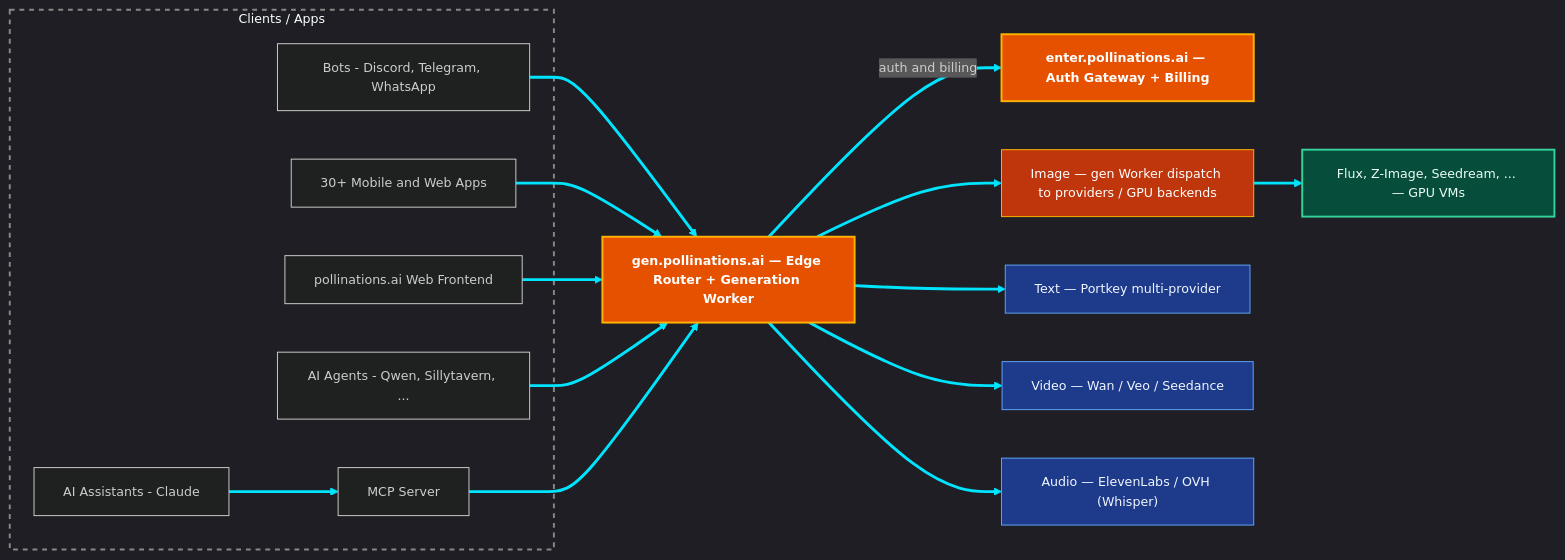
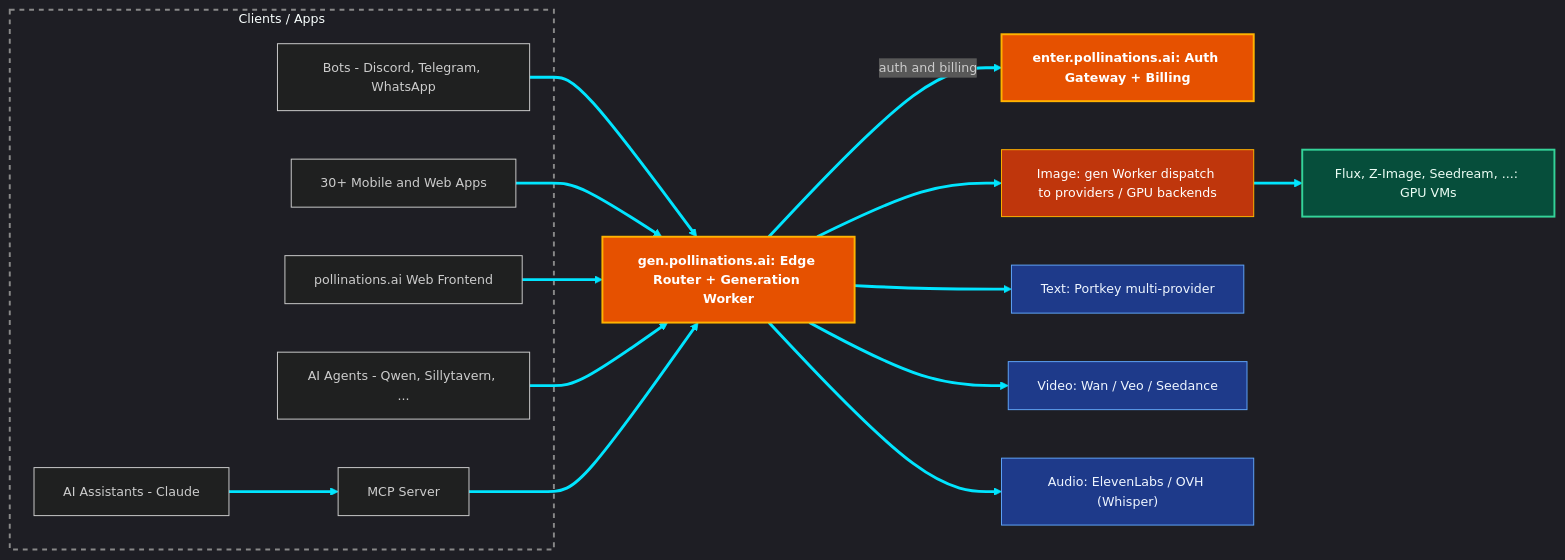
Before and after one commit to pollinations/pollinations: the diagram in README.md, drawn with Mermaid. The commit also changed other lines of this file and 37 other files, not shown here.

````diff
--- a/README.md
+++ b/README.md
@@ -374,38 +374,38 @@
 ```mermaid
 %%{init: {'theme': 'dark', 'themeVariables': { 'background': '#1a1a1a', 'primaryColor': '#2a2a2a', 'primaryBorderColor': '#555555', 'primaryTextColor': '#eeeeee', 'lineColor': '#00e5ff', 'clusterBkg': 'transparent', 'clusterBorder': '#888888', 'fontSize': '13px', 'fontFamily': 'Inter, system-ui, sans-serif'}}}%%
 
 graph LR
     subgraph CLIENTS["Clients / Apps"]
         Q[Bots - Discord, Telegram, WhatsApp]
         N[30+ Mobile and Web Apps]
         A[pollinations.ai Web Frontend]
         R[AI Agents - Qwen, Sillytavern, ...]
         AI[AI Assistants - Claude]
         MCP[MCP Server]
     end
 
     AI --> MCP
     Q --> GEN
     N --> GEN
     A --> GEN
     R --> GEN
     MCP --> GEN
 
-    GEN["gen.pollinations.ai — Edge Router + Generation Worker"]:::cfWorker -->|auth and billing| ENTER["enter.pollinations.ai — Auth Gateway + Billing"]:::cfWorker
+    GEN["gen.pollinations.ai: Edge Router + Generation Worker"]:::cfWorker -->|auth and billing| ENTER["enter.pollinations.ai: Auth Gateway + Billing"]:::cfWorker
 
-    GEN --> IMG["Image — gen Worker dispatch to providers / GPU backends"]:::cfWorkerLight
-    IMG --> D["Flux, Z-Image, Seedream, ... — GPU VMs"]:::gpuNode
+    GEN --> IMG["Image: gen Worker dispatch to providers / GPU backends"]:::cfWorkerLight
+    IMG --> D["Flux, Z-Image, Seedream, ...: GPU VMs"]:::gpuNode
 
-    GEN --> TXT["Text — Portkey multi-provider"]:::provider
-    GEN --> VID["Video — Wan / Veo / Seedance"]:::provider
-    GEN --> AUD["Audio — ElevenLabs / OVH (Whisper)"]:::provider
+    GEN --> TXT["Text: Portkey multi-provider"]:::provider
+    GEN --> VID["Video: Wan / Veo / Seedance"]:::provider
+    GEN --> AUD["Audio: ElevenLabs / OVH (Whisper)"]:::provider
 
     style CLIENTS fill:none,stroke:#888,stroke-width:2px,stroke-dasharray: 5 5
 
     linkStyle default stroke-width:3px,stroke:#00E5FF
 
     classDef cfWorker fill:#E65100,color:#fff,stroke:#FFB300,stroke-width:2px,font-weight:bold
     classDef cfWorkerLight fill:#BF360C,color:#fff,stroke:#FFB300,stroke-width:1px
     classDef gpuNode fill:#064E3B,stroke:#34D399,color:#ECFDF5,stroke-width:2px
     classDef provider fill:#1E3A8A,stroke:#60A5FA,color:#EFF6FF,stroke-width:1px
 ```
````
